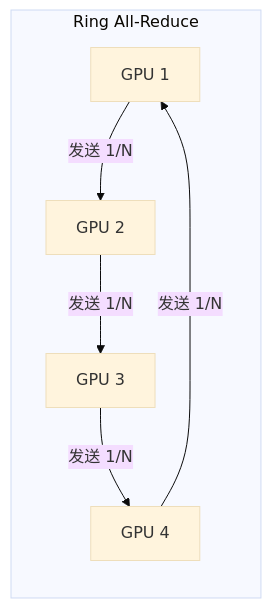
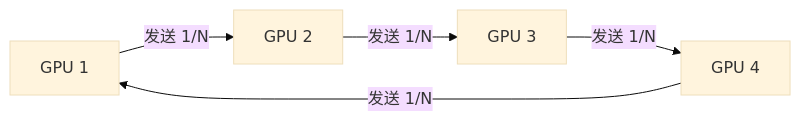
Before and after one commit to fenixsoft/dmla: the eighth of 9 diagrams in docs/language-models/pretraining/distributed-training.md, drawn with Mermaid (base theme). The commit also changed other lines of this file and 123 other files, not shown here.

````diff
--- a/docs/language-models/pretraining/distributed-training.md
+++ b/docs/language-models/pretraining/distributed-training.md
@@ -432,9 +348,7 @@
-```mermaid
+```mermaid compact
 graph LR
-    subgraph Ring All-Reduce
-        N1["GPU 1"] -->|"发送 1/N"| N2["GPU 2"]
-        N2 -->|"发送 1/N"| N3["GPU 3"]
-        N3 -->|"发送 1/N"| N4["GPU 4"]
-        N4 -->|"发送 1/N"| N1
-    end
+    N1["GPU 1"] -->|"发送 1/N"| N2["GPU 2"]
+    N2 -->|"发送 1/N"| N3["GPU 3"]
+    N3 -->|"发送 1/N"| N4["GPU 4"]
+    N4 -->|"发送 1/N"| N1
 ```
````
